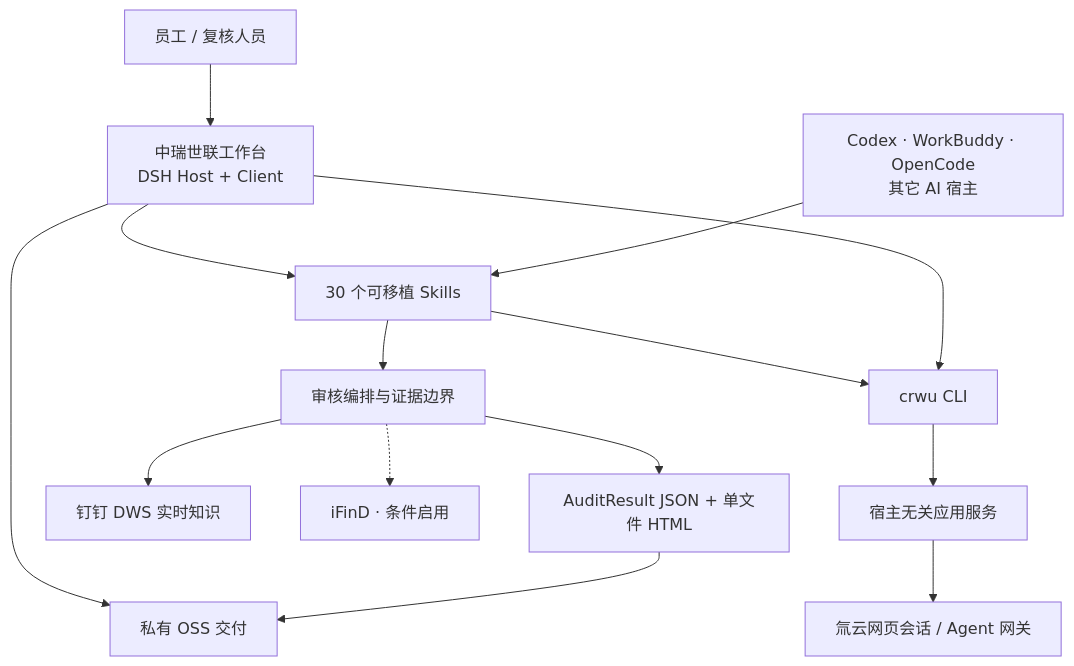
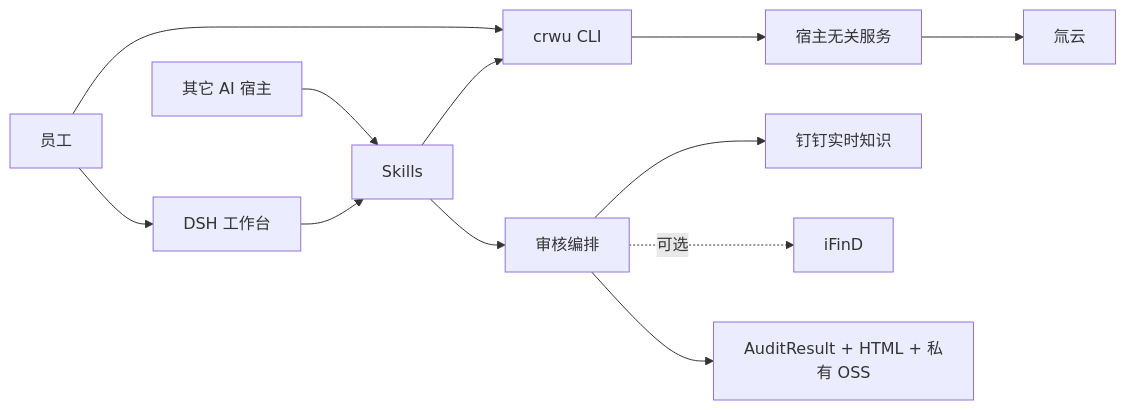
One commit to mmungdong/crwu-ai changed the diagram in README.zh-CN.md. Above: the diagram before and after it, drawn with Mermaid. The commit also changed other lines of this file and 41 other files, not shown here.

````diff
--- a/README.zh-CN.md
+++ b/README.zh-CN.md
@@ -260,29 +99,14 @@
 ```mermaid
-flowchart TB
-    USER[员工 / 复核人员]
-    DSH[中瑞世联工作台<br/>DSH Host + Client]
-    HOSTS[Codex · WorkBuddy · OpenCode<br/>其它 AI 宿主]
-    SKILLS[30 个可移植 Skills]
-    AUDIT[审核编排与证据边界]
-    CLI[crwu CLI]
-    APP[宿主无关应用服务]
-    H3[氚云网页会话 / Agent 网关]
-    DWS[钉钉 DWS 实时知识]
-    OSS[私有 OSS 交付]
-    IFIND[iFinD · 条件启用]
-    REPORT[AuditResult JSON + 单文件 HTML]
-
-    USER --> DSH
-    DSH --> SKILLS
-    HOSTS --> SKILLS
-    SKILLS --> AUDIT
-    SKILLS --> CLI
-    DSH --> CLI
-    DSH --> OSS
-    AUDIT --> DWS
-    AUDIT -.-> IFIND
-    AUDIT --> REPORT
-    CLI --> APP
-    APP --> H3
-    REPORT --> OSS
+flowchart LR
+    Employee[员工] --> Workbench[DSH 工作台]
+    Employee --> CLI[crwu CLI]
+    Hosts[其它 AI 宿主] --> Skills
+    Workbench --> Skills
+    Skills --> Audit[审核编排]
+    Skills --> CLI
+    CLI --> Services[宿主无关服务]
+    Services --> H3Yun[氚云]
+    Audit --> DWS[钉钉实时知识]
+    Audit -. 可选 .-> iFinD
+    Audit --> Delivery[AuditResult + HTML + 私有 OSS]
 ```
````
